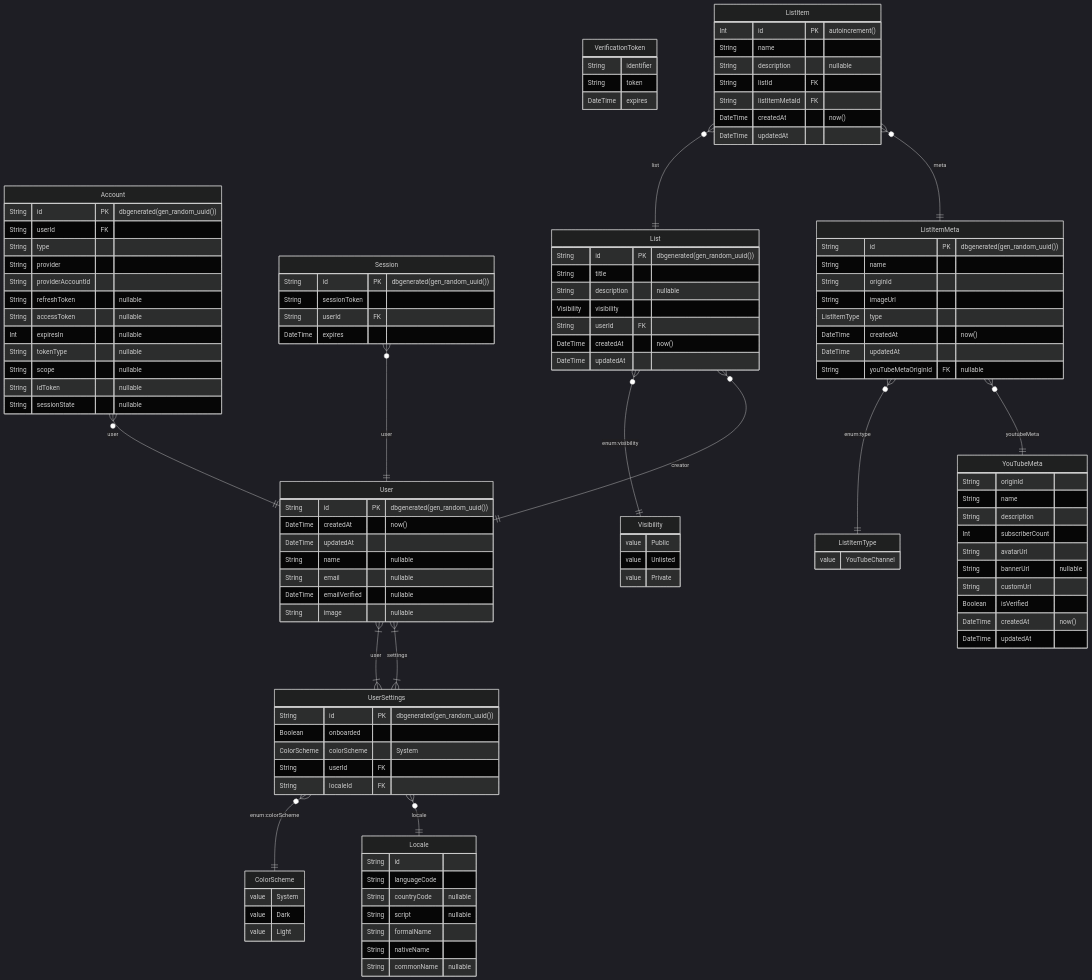
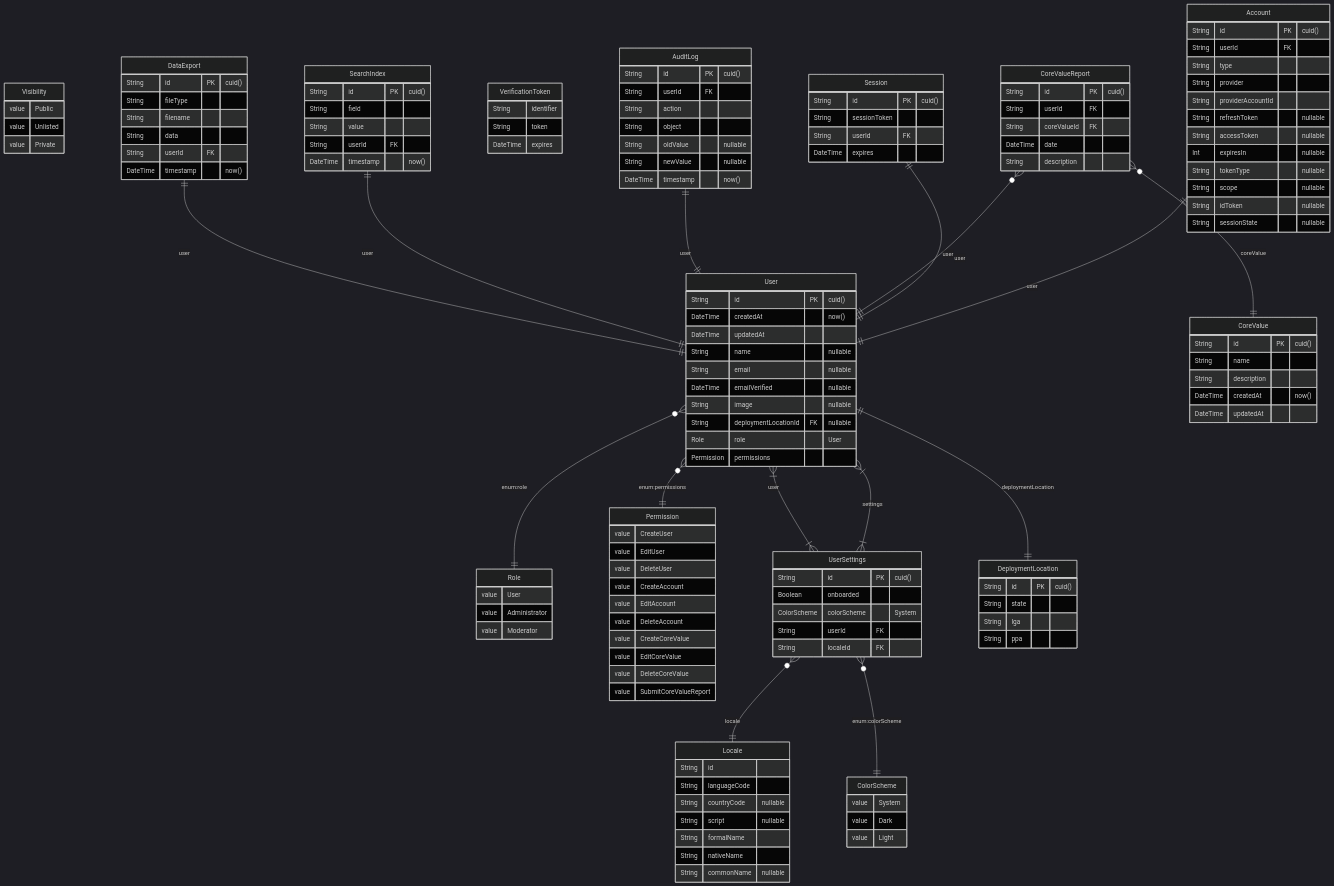
The diagram in prisma/ERD.md (CodingGarden/listd), drawn with Mermaid (dark theme) before and after one commit. The commit also changed 27 other files, not shown here.

````diff
--- a/prisma/ERD.md
+++ b/prisma/ERD.md
@@ -1,5 +1,22 @@
 ```mermaid
 erDiagram
+	Role {
+		value User
+		value Administrator
+		value Moderator
+	}
+	Permission {
+		value CreateUser
+		value EditUser
+		value DeleteUser
+		value CreateAccount
+		value EditAccount
+		value DeleteAccount
+		value CreateCoreValue
+		value EditCoreValue
+		value DeleteCoreValue
+		value SubmitCoreValueReport
+	}
 	ColorScheme {
 		value System
 		value Dark
@@ -10,20 +27,20 @@
 		value Unlisted
 		value Private
 	}
-	ListItemType {
-		value YouTubeChannel
-	}
 	User {
-		String id PK  "dbgenerated(gen_random_uuid())"
+		String id PK  "cuid()"
 		DateTime createdAt  "now()"
 		DateTime updatedAt
 		String name  "nullable"
 		String email  "nullable"
 		DateTime emailVerified  "nullable"
 		String image  "nullable"
+		String deploymentLocationId FK  "nullable"
+		Role role "User"
+		Permission permissions
 	}
 	UserSettings {
-		String id PK  "dbgenerated(gen_random_uuid())"
+		String id PK  "cuid()"
 		Boolean onboarded
 		ColorScheme colorScheme "System"
 		String userId FK
@@ -39,7 +56,7 @@
 		String commonName  "nullable"
 	}
 	Account {
-		String id PK  "dbgenerated(gen_random_uuid())"
+		String id PK  "cuid()"
 		String userId FK
 		String type
 		String provider
@@ -53,7 +70,7 @@
 		String sessionState  "nullable"
 	}
 	Session {
-		String id PK  "dbgenerated(gen_random_uuid())"
+		String id PK  "cuid()"
 		String sessionToken
 		String userId FK
 		DateTime expires
@@ -63,57 +80,63 @@
 		String token
 		DateTime expires
 	}
-	List {
-		String id PK  "dbgenerated(gen_random_uuid())"
-		String title
-		String description  "nullable"
-		Visibility visibility
-		String userId FK
+	CoreValue {
+		String id PK  "cuid()"
+		String name
+		String description
 		DateTime createdAt  "now()"
 		DateTime updatedAt
 	}
-	ListItem {
-		Int id PK  "autoincrement()"
-		String name
-		String description  "nullable"
-		String listId FK
-		String listItemMetaId FK
-		DateTime createdAt  "now()"
-		DateTime updatedAt
+	CoreValueReport {
+		String id PK  "cuid()"
+		String userId FK
+		String coreValueId FK
+		DateTime date
+		String description
 	}
-	ListItemMeta {
-		String id PK  "dbgenerated(gen_random_uuid())"
-		String name
-		String originId
-		String imageUrl
-		ListItemType type
-		DateTime createdAt  "now()"
-		DateTime updatedAt
-		String youTubeMetaOriginId FK  "nullable"
+	DeploymentLocation {
+		String id PK  "cuid()"
+		String state
+		String lga
+		String ppa
 	}
-	YouTubeMeta {
-		String originId
-		String name
-		String description
-		Int subscriberCount
-		String avatarUrl
-		String bannerUrl  "nullable"
-		String customUrl
-		Boolean isVerified
-		DateTime createdAt  "now()"
-		DateTime updatedAt
+	AuditLog {
+		String id PK  "cuid()"
+		String userId FK
+		String action
+		String object
+		String oldValue  "nullable"
+		String newValue  "nullable"
+		DateTime timestamp  "now()"
+	}
+	SearchIndex {
+		String id PK  "cuid()"
+		String field
+		String value
+		String userId FK
+		DateTime timestamp  "now()"
+	}
+	DataExport {
+		String id PK  "cuid()"
+		String fileType
+		String filename
+		String data
+		String userId FK
+		DateTime timestamp  "now()"
 	}
 	User }|--|{ UserSettings : settings
+	User ||--|| DeploymentLocation : deploymentLocation
+	User }o--|| Role : "enum:role"
+	User }o--|| Permission : "enum:permissions"
 	UserSettings }|--|{ User : user
 	UserSettings }o--|| Locale : locale
 	UserSettings }o--|| ColorScheme : "enum:colorScheme"
-	Account }o--|| User : user
-	Session }o--|| User : user
-	List }o--|| User : creator
-	List }o--|| Visibility : "enum:visibility"
-	ListItem }o--|| ListItemMeta : meta
-	ListItem }o--|| List : list
-	ListItemMeta }o--|| YouTubeMeta : youtubeMeta
-	ListItemMeta }o--|| ListItemType : "enum:type"
+	Account ||--|| User : user
+	Session ||--|| User : user
+	CoreValueReport }o--|| User : user
+	CoreValueReport }o--|| CoreValue : coreValue
+	AuditLog ||--|| User : user
+	SearchIndex ||--|| User : user
+	DataExport ||--|| User : user
 
 ```
````
